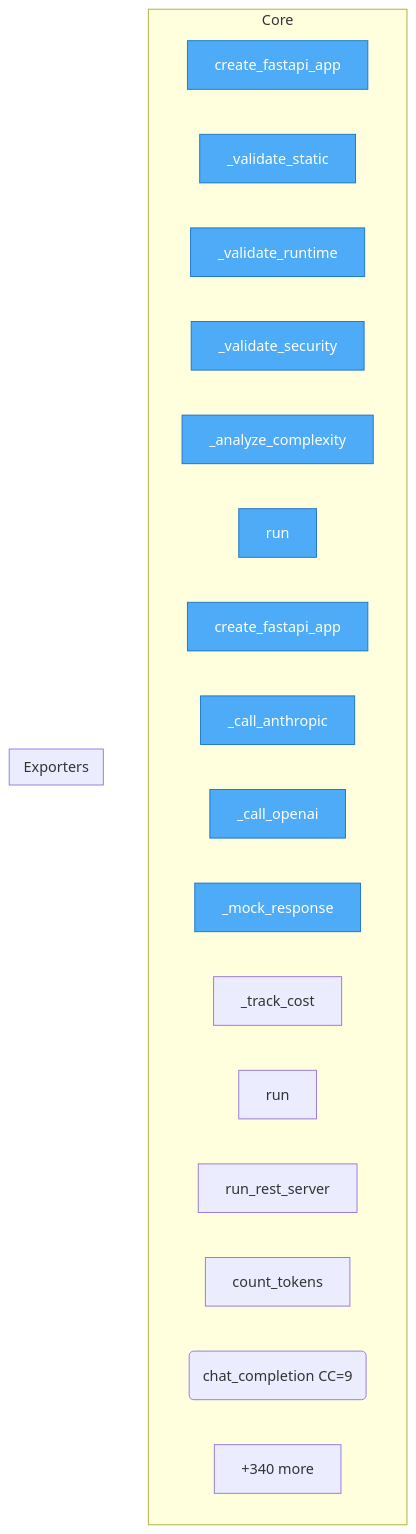
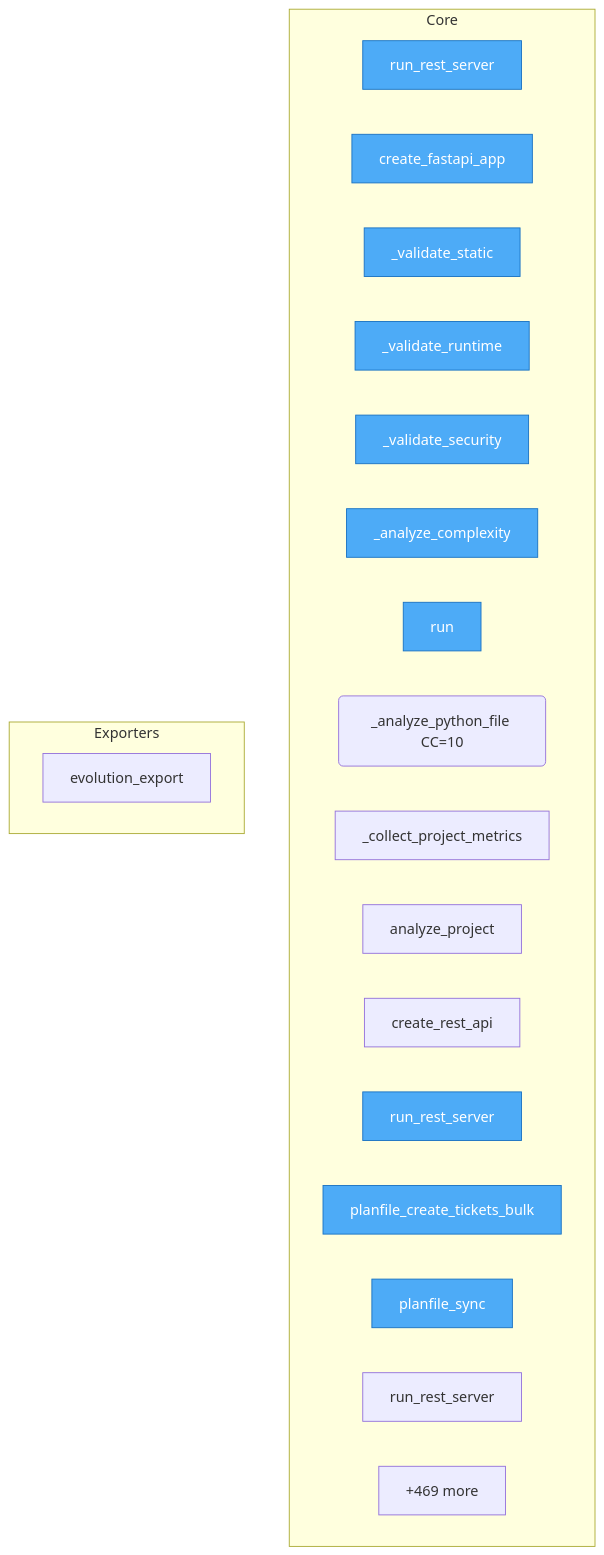
One commit to semcod/algitex changed the diagram in project/flow.mmd. Above: the diagram before and after it, drawn with Mermaid. The commit also changed 70 other files, not shown here.

```diff
--- a/project/flow.mmd
+++ b/project/flow.mmd
@@ -1,28 +1,29 @@
 flowchart TD
 
     %% Entry points (blue)
     classDef entry fill:#4dabf7,stroke:#1971c2,color:#fff
 
     subgraph Core
+        docker__aider_mcp__aider_mcp_server__run_rest_server["run_rest_server"]
         docker__vallm__vallm_server__VallmServer__create_fastapi_app["create_fastapi_app"]
         docker__vallm__vallm_server__VallmServer___validate_static["_validate_static"]
         docker__vallm__vallm_server__VallmServer___validate_runtime["_validate_runtime"]
         docker__vallm__vallm_server__VallmServer___validate_security["_validate_security"]
         docker__vallm__vallm_server__VallmServer___analyze_complexity["_analyze_complexity"]
         docker__vallm__vallm_server__VallmServer__run["run"]
-        docker__proxym__proxym_server__ProxymServer__create_fastapi_app["create_fastapi_app"]
-        docker__proxym__proxym_server__ProxymServer___call_anthropic["_call_anthropic"]
-        docker__proxym__proxym_server__ProxymServer___call_openai["_call_openai"]
-        docker__proxym__proxym_server__ProxymServer___mock_response["_mock_response"]
-        docker__proxym__proxym_server__ProxymServer___track_cost["_track_cost"]
-        docker__proxym__proxym_server__ProxymServer__run["run"]
-        docker__vallm__vallm_mcp_server__run_rest_server["run_rest_server"]
-        docker__proxym__proxym_mcp_server__count_tokens["count_tokens"]
-        docker__proxym__proxym_mcp_server__chat_completion("chat_completion CC=9")
-        ...["+340 more"]
+        docker__code2llm__code2llm_mcp_server___analyze_python_file("_analyze_python_file CC=10")
+        docker__code2llm__code2llm_mcp_server___collect_project_metrics["_collect_project_metrics"]
+        docker__code2llm__code2llm_mcp_server__analyze_project["analyze_project"]
+        docker__code2llm__code2llm_mcp_server__create_rest_api["create_rest_api"]
+        docker__code2llm__code2llm_mcp_server__run_rest_server["run_rest_server"]
+        docker__planfile_mcp__planfile_mcp_server__planfile_create_tickets_bulk["planfile_create_tickets_bulk"]
+        docker__planfile_mcp__planfile_mcp_server__planfile_sync["planfile_sync"]
+        docker__planfile_mcp__planfile_mcp_server__run_rest_server["run_rest_server"]
+        ...["+469 more"]
     end
 
     subgraph Exporters
+        docker__code2llm__code2llm_mcp_server__evolution_export["evolution_export"]
     end
 
-    class docker__vallm__vallm_server__VallmServer__create_fastapi_app,docker__vallm__vallm_server__VallmServer___validate_static,docker__vallm__vallm_server__VallmServer___validate_runtime,docker__vallm__vallm_server__VallmServer___validate_security,docker__vallm__vallm_server__VallmServer___analyze_complexity,docker__vallm__vallm_server__VallmServer__run,docker__proxym__proxym_server__ProxymServer__create_fastapi_app,docker__proxym__proxym_server__ProxymServer___call_anthropic,docker__proxym__proxym_server__ProxymServer___call_openai,docker__proxym__proxym_server__ProxymServer___mock_response entry
+    class docker__aider_mcp__aider_mcp_server__run_rest_server,docker__vallm__vallm_server__VallmServer__create_fastapi_app,docker__vallm__vallm_server__VallmServer___validate_static,docker__vallm__vallm_server__VallmServer___validate_runtime,docker__vallm__vallm_server__VallmServer___validate_security,docker__vallm__vallm_server__VallmServer___analyze_complexity,docker__vallm__vallm_server__VallmServer__run,docker__code2llm__code2llm_mcp_server__run_rest_server,docker__planfile_mcp__planfile_mcp_server__planfile_create_tickets_bulk,docker__planfile_mcp__planfile_mcp_server__planfile_sync entry
```
